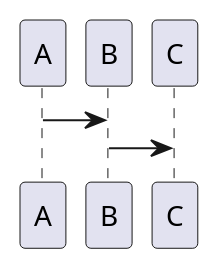
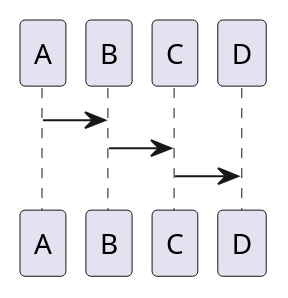
The fifth of 6 diagrams in test/test.md (shd101wyy/markdown-preview-enhanced), drawn with PlantUML before and after one commit. The commit also changed other lines of this file and 4 other files, not shown here.

Commit message:
rewrite PlantUML API

````diff
--- a/test/test.md
+++ b/test/test.md
@@ -116,4 +116,5 @@
 ```puml
 A -> B
 B -> C
+C -> D
 ```
````
